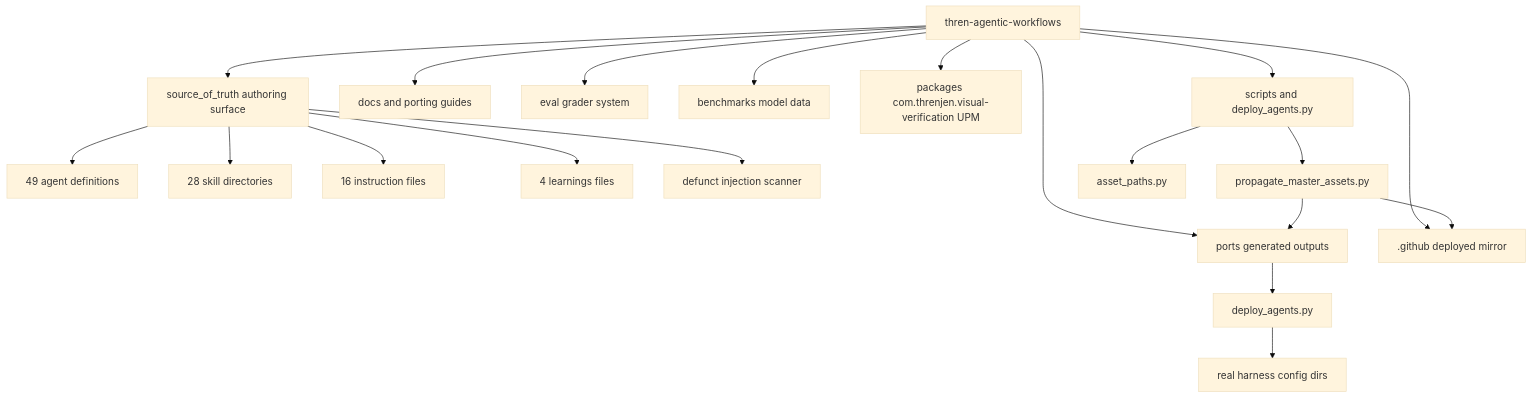
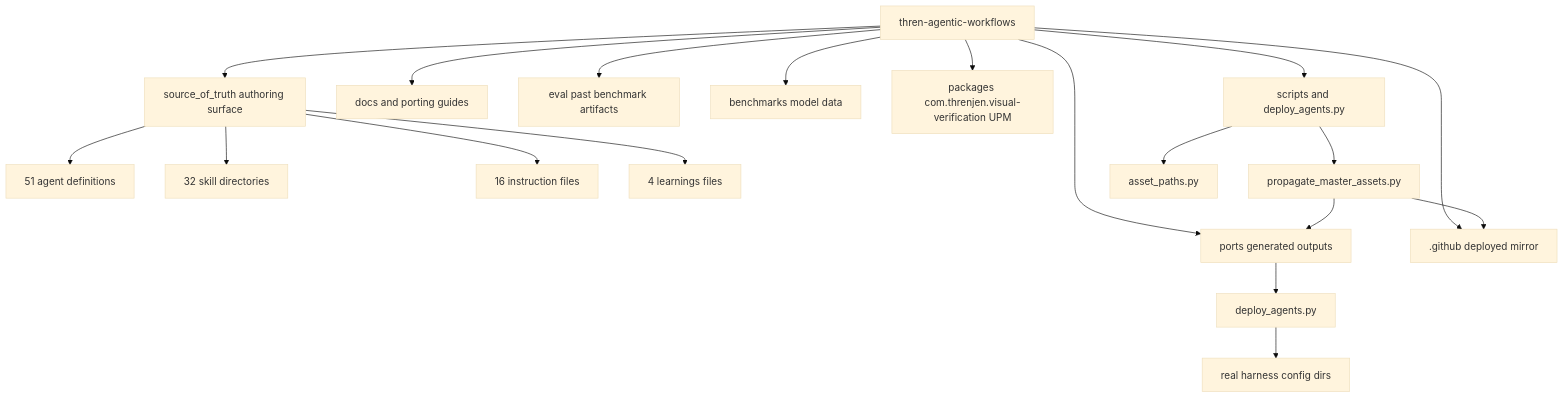
Before and after one commit to threnjen/thren-agentic-workflows: the first of 4 diagrams in docs/ARCHITECTURE.md, drawn with Mermaid (base theme). The commit also changed other lines of this file and 400 other files, not shown here.

````diff
--- a/docs/ARCHITECTURE.md
+++ b/docs/ARCHITECTURE.md
@@ -23,26 +23,25 @@
 ```mermaid
 flowchart TD
     Root[thren-agentic-workflows]
 
     Root --> SOT[source_of_truth authoring surface]
     Root --> Ports[ports generated outputs]
     Root --> DotGithub[.github deployed mirror]
     Root --> Docs[docs and porting guides]
-    Root --> Eval[eval grader system]
+    Root --> Eval[eval past benchmark artifacts]
     Root --> Bench[benchmarks model data]
     Root --> Pkg[packages com.threnjen.visual-verification UPM]
     Root --> Scripts[scripts and deploy_agents.py]
 
-    SOT --> Agents[49 agent definitions]
-    SOT --> Skills[28 skill directories]
+    SOT --> Agents[51 agent definitions]
+    SOT --> Skills[32 skill directories]
     SOT --> Instructions[16 instruction files]
     SOT --> Learnings[4 learnings files]
-    SOT --> Hooks[defunct injection scanner]
 
     Scripts --> Propagate[propagate_master_assets.py]
     Scripts --> Shared[asset_paths.py]
     Propagate --> Ports
     Propagate --> DotGithub
     Deploy[deploy_agents.py] --> RealDirs[real harness config dirs]
     Ports --> Deploy
 ```
````
